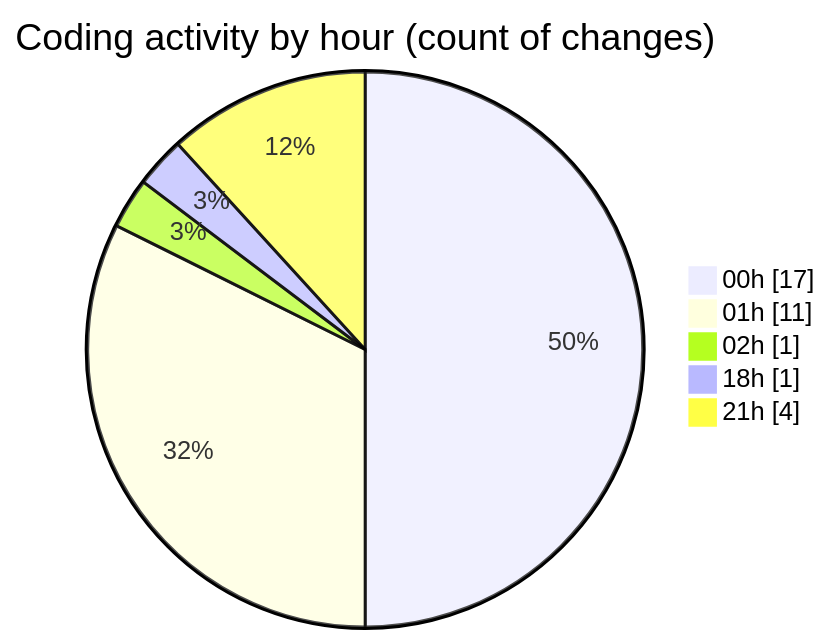
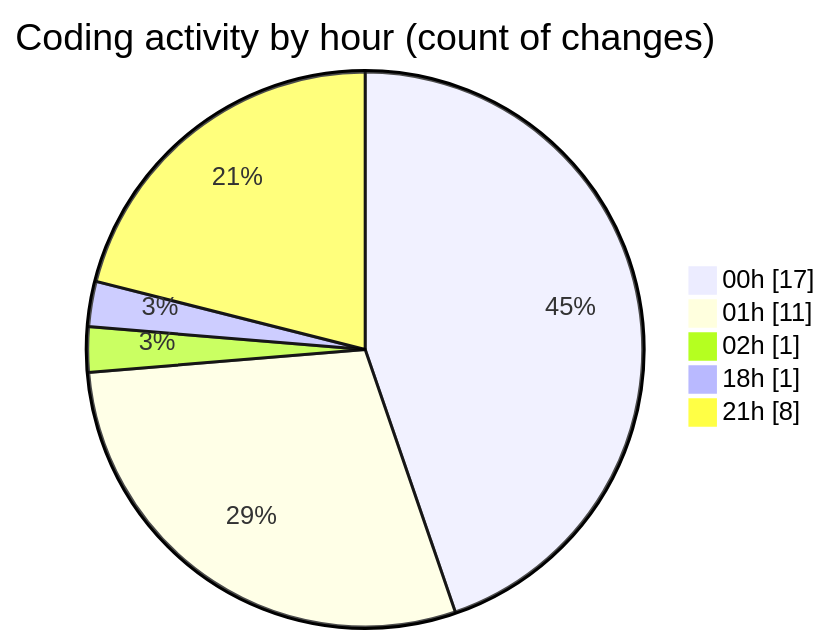
Before and after one commit to julien-gomy/code-tracking: the second of 2 diagrams in 2025-11-22/eventscop-api-guide__workspace_/README.md, drawn with Mermaid. The commit also changed other lines of this file and 1 other file, not shown here.

````diff
--- a/2025-11-22/eventscop-api-guide__workspace_/README.md
+++ b/2025-11-22/eventscop-api-guide__workspace_/README.md
@@ -41,9 +41,9 @@
 ```mermaid
 pie showData
 title Coding activity by hour (count of changes)
 "00h" : 17
 "01h" : 11
 "02h" : 1
 "18h" : 1
-"21h" : 4
+"21h" : 8
 ```
````
